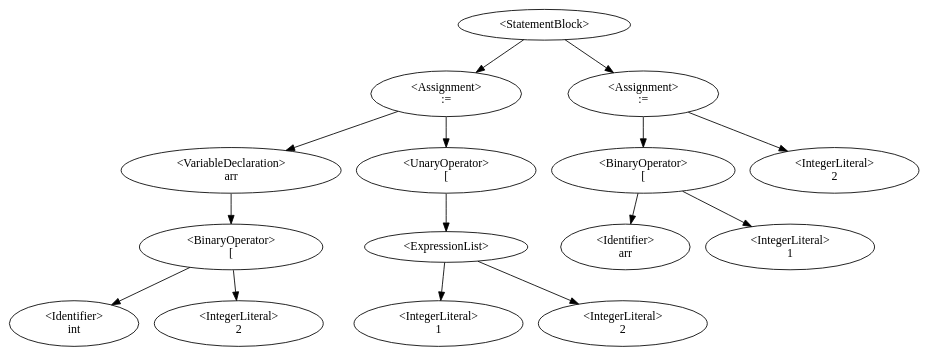
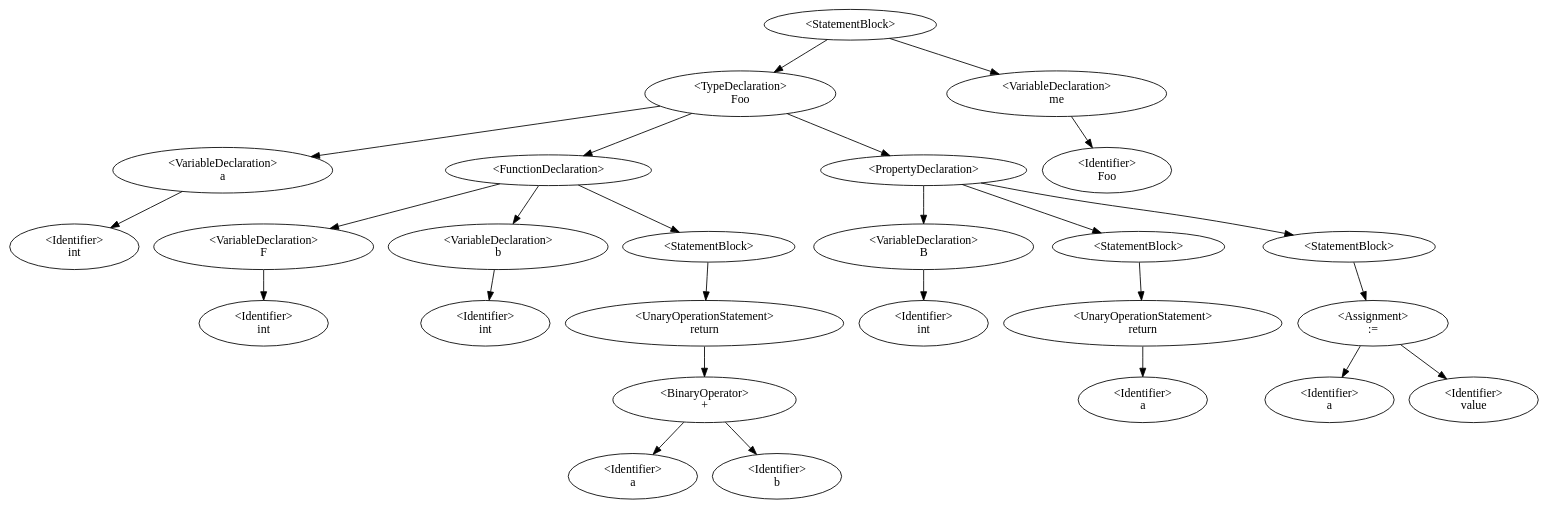
One commit to QazmoQwerty/dino changed the diagram in Dino/Dino/AstDisplay.gv. Above: the diagram before and after it, drawn with Graphviz. The commit also changed 5 other files, not shown here.

```diff
--- a/Dino/Dino/AstDisplay.gv
+++ b/Dino/Dino/AstDisplay.gv
@@ -1,17 +1,28 @@
 digraph G {
-0 [label="<StatementBlock>"];0->5;0->13;
-5 [label="<Assignment>\n:="];5->4;5->6;
-4 [label="<VariableDeclaration>\narr"];4->2;
-2 [label="<BinaryOperator>\n["];2->1;2->3;
-1 [label="<Identifier>\nint"];
-3 [label="<IntegerLiteral>\n2"];
-6 [label="<UnaryOperator>\n["];6->8;
-8 [label="<ExpressionList>"];8->7;8->9;
-7 [label="<IntegerLiteral>\n1"];
-9 [label="<IntegerLiteral>\n2"];
-13 [label="<Assignment>\n:="];13->11;13->14;
-11 [label="<BinaryOperator>\n["];11->10;11->12;
-10 [label="<Identifier>\narr"];
-12 [label="<IntegerLiteral>\n1"];
-14 [label="<IntegerLiteral>\n2"];
+0 [label="<StatementBlock>"];0->1;0->25;
+1 [label="<TypeDeclaration>\nFoo"];1->3;1->16;1->6;
+3 [label="<VariableDeclaration>\na"];3->2;
+2 [label="<Identifier>\nint"];
+16 [label="<FunctionDeclaration>\n"];16->15;16->18;16->19;
+15 [label="<VariableDeclaration>\nF"];15->14;
+14 [label="<Identifier>\nint"];
+18 [label="<VariableDeclaration>\nb"];18->17;
+17 [label="<Identifier>\nint"];
+19 [label="<StatementBlock>"];19->20;
+20 [label="<UnaryOperationStatement>\nreturn"];20->22;
+22 [label="<BinaryOperator>\n+"];22->21;22->23;
+21 [label="<Identifier>\na"];
+23 [label="<Identifier>\nb"];
+6 [label="<PropertyDeclaration>"];6->5;6->7;6->10;
+5 [label="<VariableDeclaration>\nB"];5->4;
+4 [label="<Identifier>\nint"];
+7 [label="<StatementBlock>"];7->8;
+8 [label="<UnaryOperationStatement>\nreturn"];8->9;
+9 [label="<Identifier>\na"];
+10 [label="<StatementBlock>"];10->12;
+12 [label="<Assignment>\n:="];12->11;12->13;
+11 [label="<Identifier>\na"];
+13 [label="<Identifier>\nvalue"];
+25 [label="<VariableDeclaration>\nme"];25->24;
+24 [label="<Identifier>\nFoo"];
 }
```
